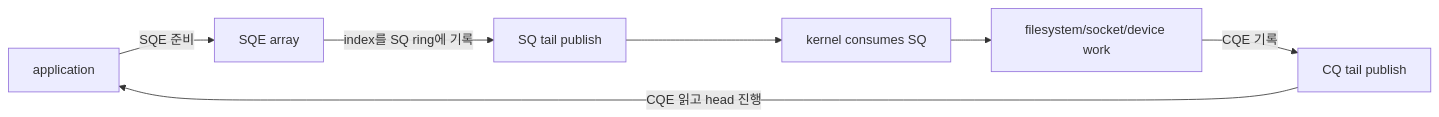
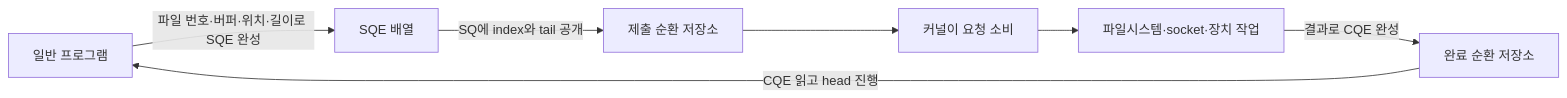
Before and after one commit to mj006648/netai-devsecops-runbook: the first of 4 diagrams in learning/ubuntu-linux-internals/09-io-uring-sq-cq-and-lifetimes.md, drawn with Mermaid. The commit also changed other lines of this file and 55 other files, not shown here.

````diff
--- a/learning/ubuntu-linux-internals/09-io-uring-sq-cq-and-lifetimes.md
+++ b/learning/ubuntu-linux-internals/09-io-uring-sq-cq-and-lifetimes.md
@@ -18,9 +30,9 @@
 ```mermaid
 flowchart LR
-    APP["application"] -->|"SQE 준비"| SQE["SQE array"]
-    SQE -->|"index를 SQ ring에 기록"| SQ["SQ tail publish"]
-    SQ --> K["kernel consumes SQ"]
-    K --> IO["filesystem/socket/device work"]
-    IO -->|"CQE 기록"| CQ["CQ tail publish"]
+    APP["일반 프로그램"] -->|"파일 번호·버퍼·위치·길이로 SQE 완성"| SQE["SQE 배열"]
+    SQE -->|"SQ에 index와 tail 공개"| SQ["제출 순환 저장소"]
+    SQ --> K["커널이 요청 소비"]
+    K --> IO["파일시스템·socket·장치 작업"]
+    IO -->|"결과로 CQE 완성"| CQ["완료 순환 저장소"]
     CQ -->|"CQE 읽고 head 진행"| APP
 ```
````
